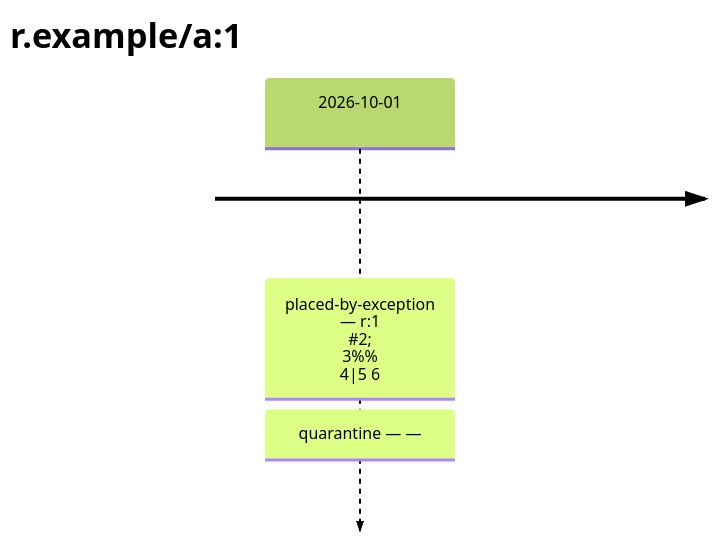
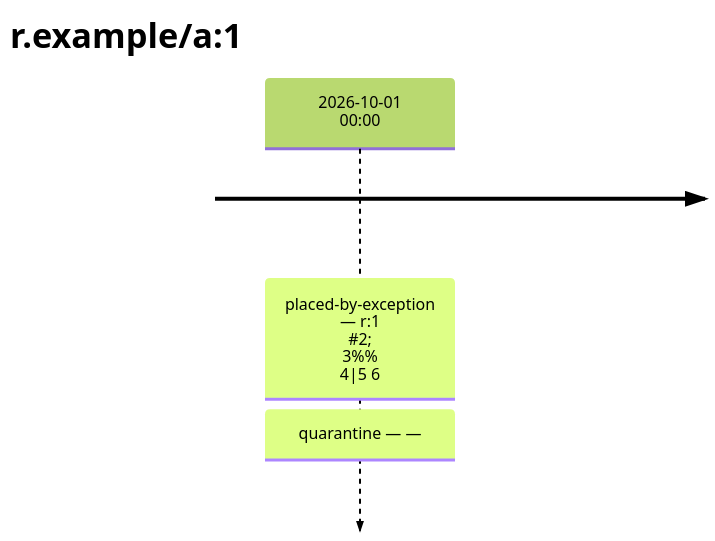
Before and after one commit to trivoallan/uske: the diagram in tests/golden/decisions-escape.md, drawn with Mermaid (forest theme). The commit also changed other lines of this file and 9 other files, not shown here.

````diff
--- a/tests/golden/decisions-escape.md
+++ b/tests/golden/decisions-escape.md
@@ -5,5 +5,5 @@
 ```mermaid
 timeline
     title r.example/a#58;1
-    2026-10-01 : placed-by-exception — r#58;1 #35;2#59; 3#37;#37; 4|5 6 : quarantine — —
+    2026-10-01 00#58;00 : placed-by-exception — r#58;1 #35;2#59; 3#37;#37; 4|5 6 : quarantine — —
 ```
````
